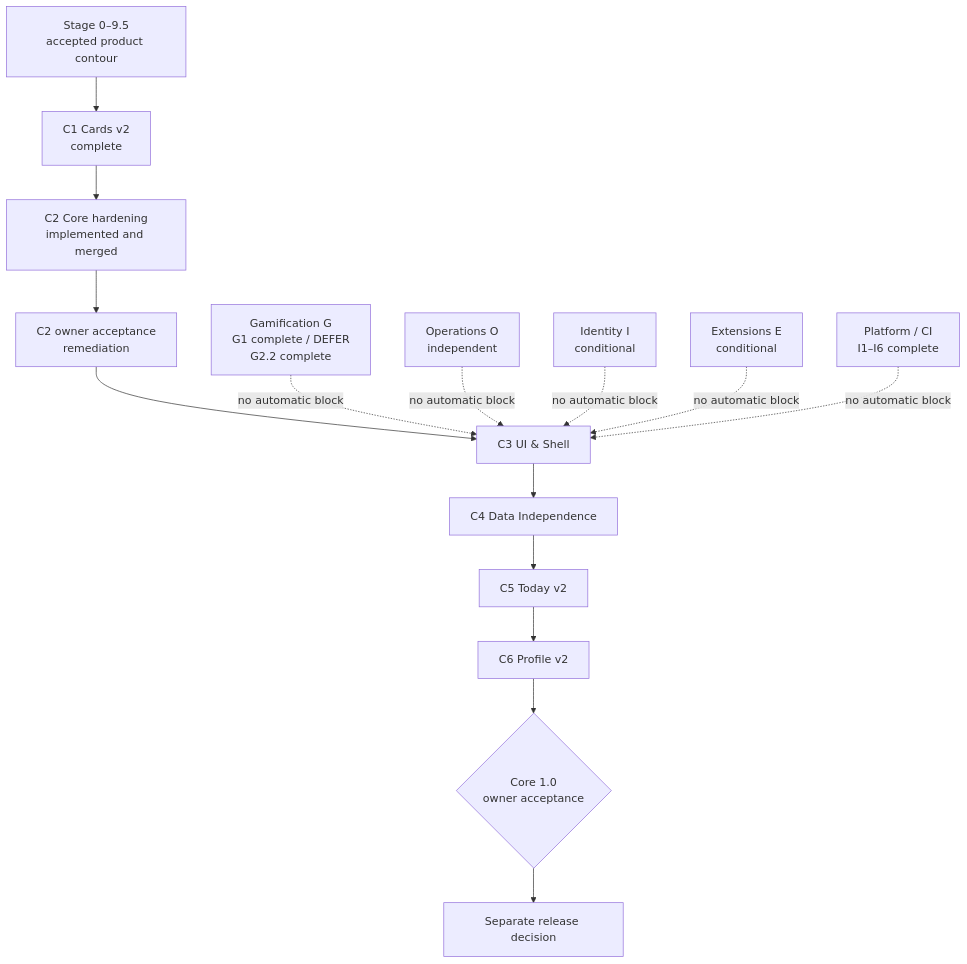
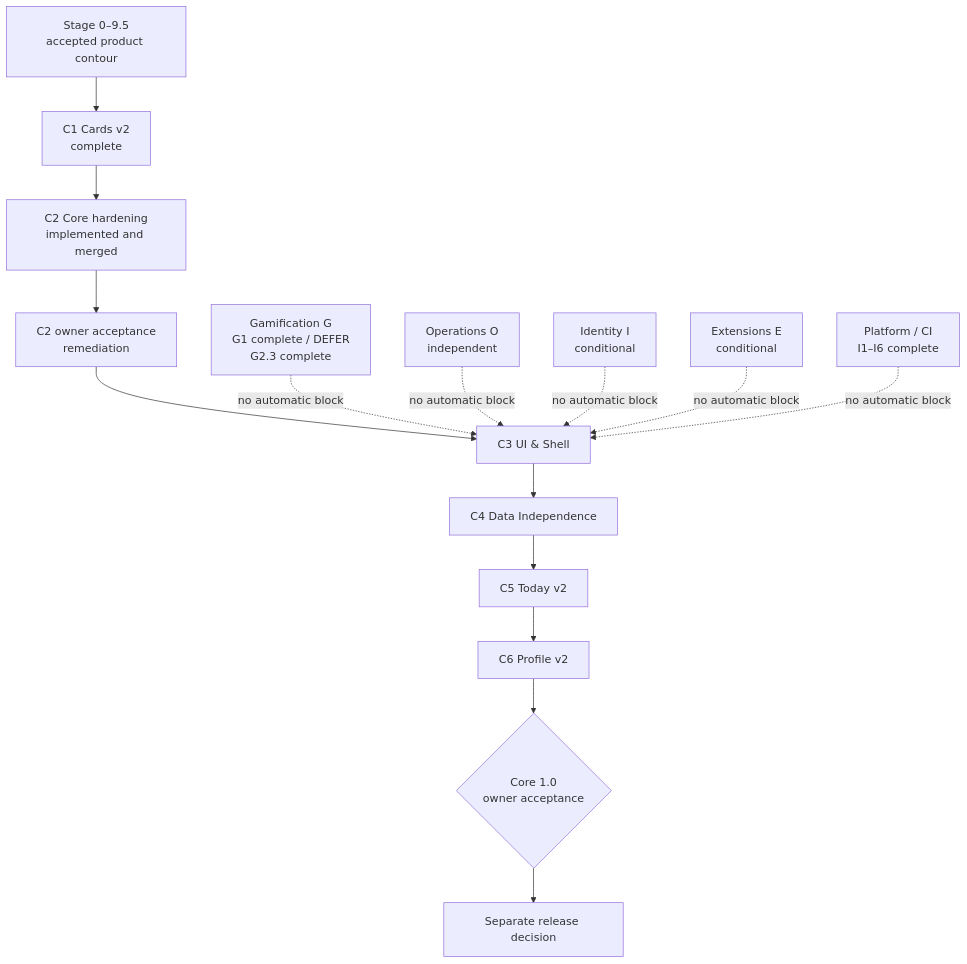
Before and after one commit to AliceLiddell01/anki-study-report: the diagram in roadmap/README.md, drawn with Mermaid. The commit also changed other lines of this file and 6 other files, not shown here.

````diff
--- a/roadmap/README.md
+++ b/roadmap/README.md
@@ -9,24 +9,24 @@
 ```mermaid
 flowchart TB
     S[Stage 0–9.5<br/>accepted product contour] --> C1[C1 Cards v2<br/>complete]
     C1 --> C2[C2 Core hardening<br/>implemented and merged]
     C2 --> A[C2 owner acceptance<br/>remediation]
     A --> C3[C3 UI & Shell]
     C3 --> C4[C4 Data Independence]
     C4 --> C5[C5 Today v2]
     C5 --> C6[C6 Profile v2]
     C6 --> R{Core 1.0<br/>owner acceptance}
     R --> REL[Separate release decision]
 
-    G[Gamification G<br/>G1 complete / DEFER<br/>G2.2 complete]
+    G[Gamification G<br/>G1 complete / DEFER<br/>G2.3 complete]
     O[Operations O<br/>independent]
     I[Identity I<br/>conditional]
     E[Extensions E<br/>conditional]
     P[Platform / CI<br/>I1–I6 complete]
 
     G -. no automatic block .-> C3
     O -. no automatic block .-> C3
     I -. no automatic block .-> C3
     E -. no automatic block .-> C3
     P -. no automatic block .-> C3
 ```
````
